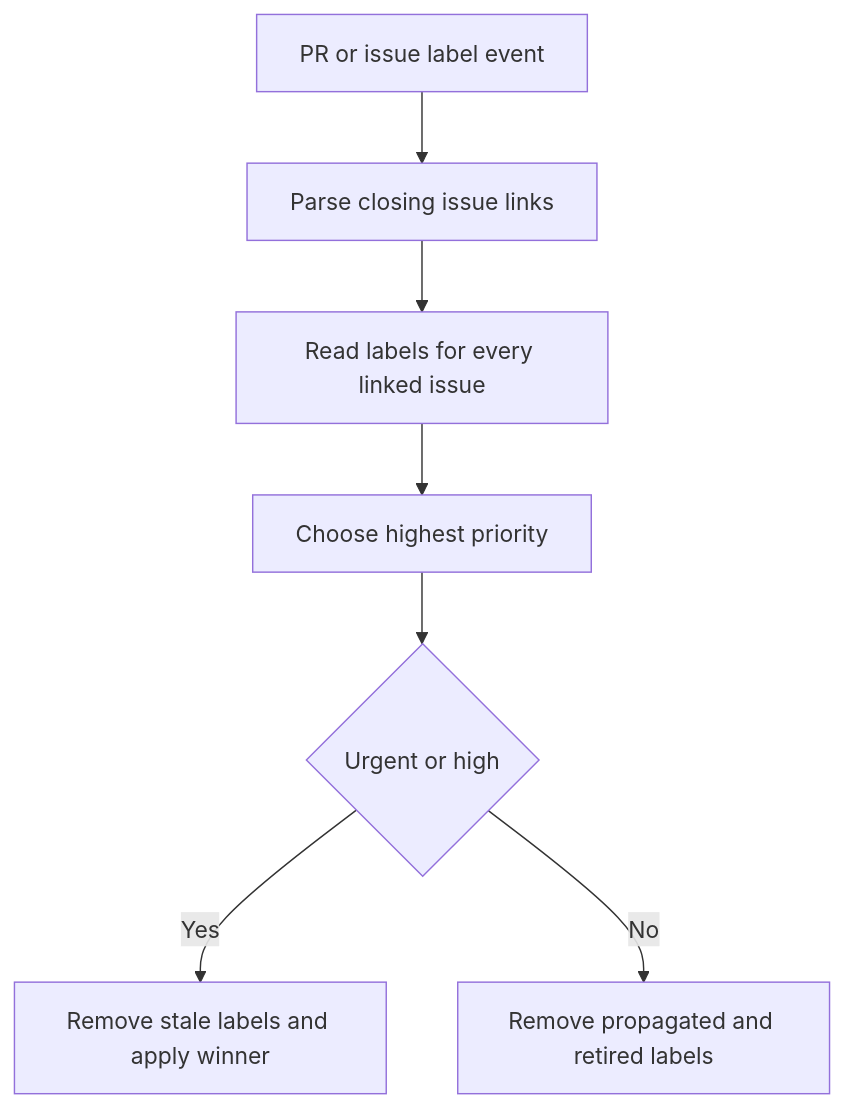
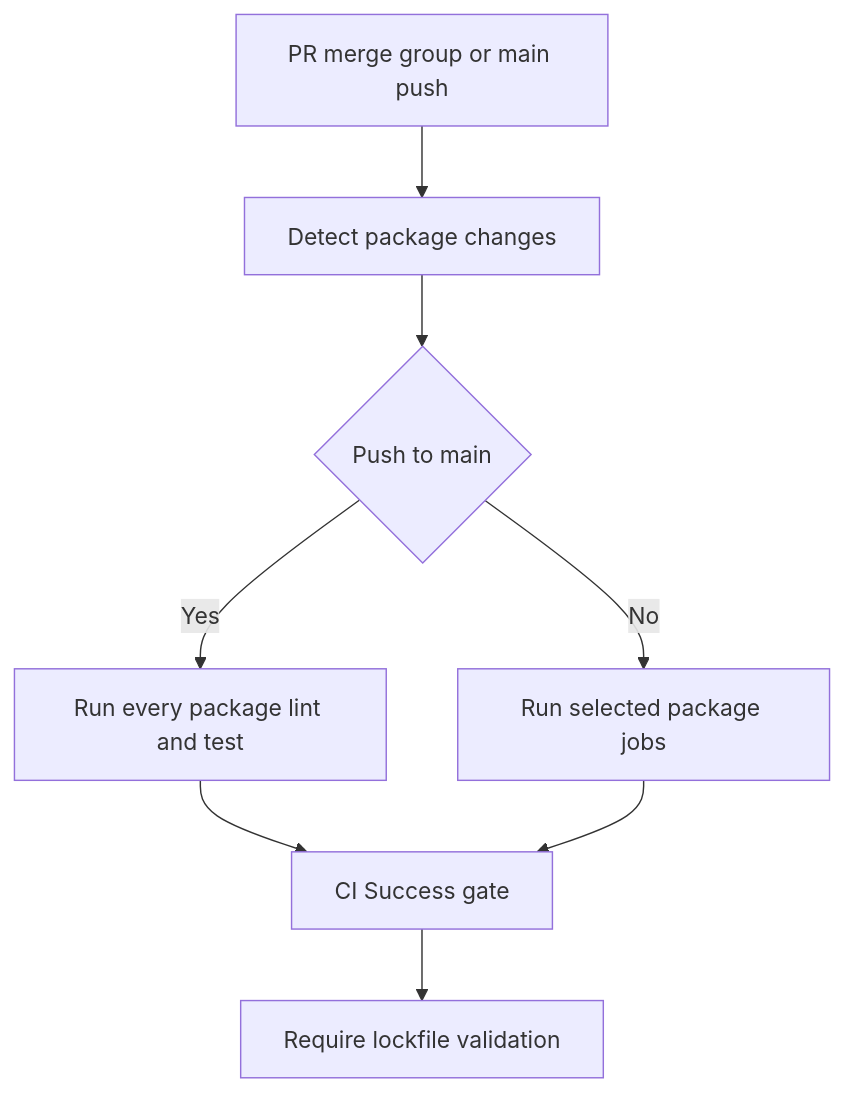
Before and after one commit to langchain-ai/deepagents: the first of 2 diagrams in openwiki/operations/ci-labeling.md, drawn with Mermaid. The commit also changed other lines of this file and 13 other files, not shown here.

````diff
--- a/openwiki/operations/ci-labeling.md
+++ b/openwiki/operations/ci-labeling.md
@@ -57,9 +45,10 @@
 ```mermaid
 flowchart TD
-    Trigger["PR or issue label event"] --> Links["Parse closing issue links"]
-    Links --> Read["Read labels for every linked issue"]
-    Read --> Winner["Choose highest priority"]
-    Winner --> Eligible{"Urgent or high"}
-    Eligible -->|"Yes"| Apply["Remove stale labels and apply winner"]
-    Eligible -->|"No"| Clear["Remove propagated and retired labels"]
+    Trigger["PR merge group or main push"] --> Detect["Detect package changes"]
+    Detect --> Selected{"Push to main"}
+    Selected -->|"Yes"| All["Run every package lint and test"]
+    Selected -->|"No"| Affected["Run selected package jobs"]
+    All --> Gate["CI Success gate"]
+    Affected --> Gate
+    Gate --> Lock["Require lockfile validation"]
 ```
````
